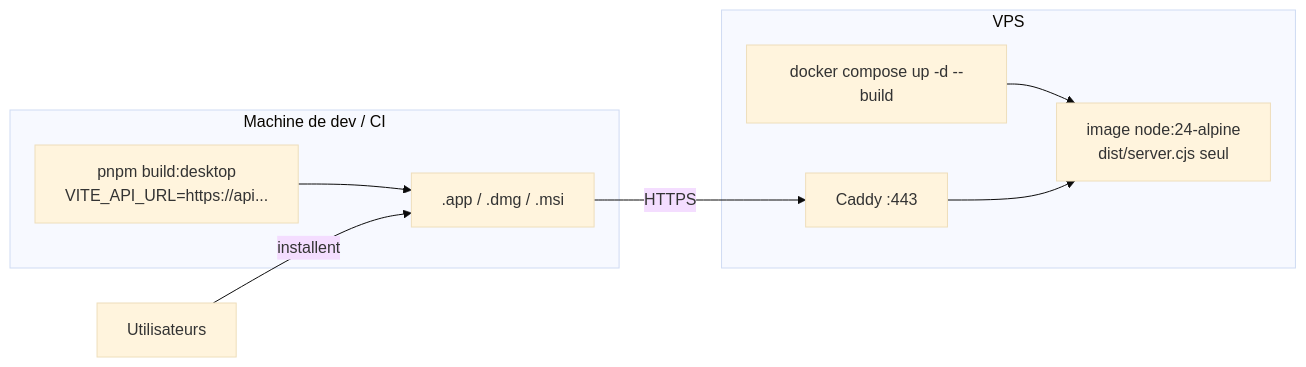
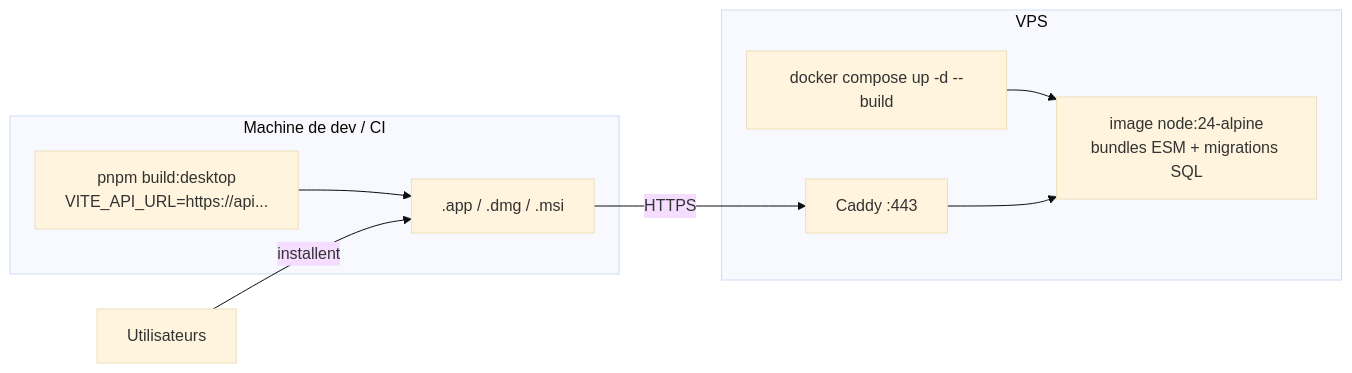
Before and after one commit to kevinrss01/interprete-live-v2: the sixth of 6 diagrams in docs/architecture.md, drawn with Mermaid (base theme). The commit also changed other lines of this file and 37 other files, not shown here.

````diff
--- a/docs/architecture.md
+++ b/docs/architecture.md
@@ -159,17 +167,17 @@
 ```mermaid
 flowchart LR
   subgraph Dev["Machine de dev / CI"]
     BuildD["pnpm build:desktop<br/>VITE_API_URL=https://api..."]
     Bundle[".app / .dmg / .msi"]
     BuildD --> Bundle
   end
   subgraph VPS["VPS"]
     Compose["docker compose up -d --build"]
-    Img["image node:24-alpine<br/>dist/server.cjs seul"]
+    Img["image node:24-alpine<br/>bundles ESM + migrations SQL"]
     C["Caddy :443"]
     Compose --> Img
     C --> Img
   end
   Users["Utilisateurs"] -- "installent" --> Bundle
   Bundle -- "HTTPS" --> C
 ```
````
